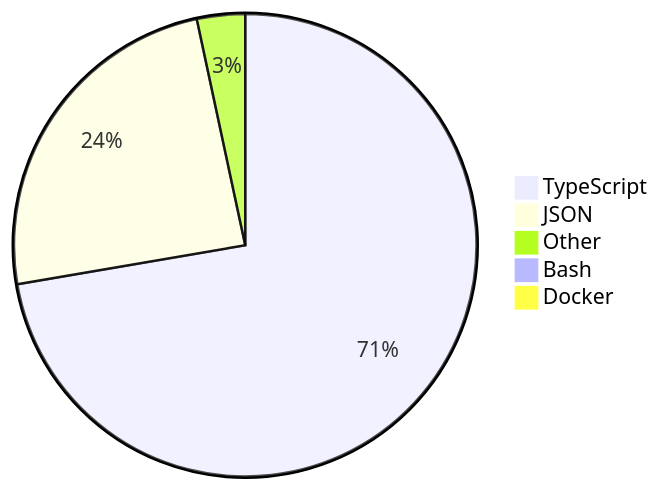
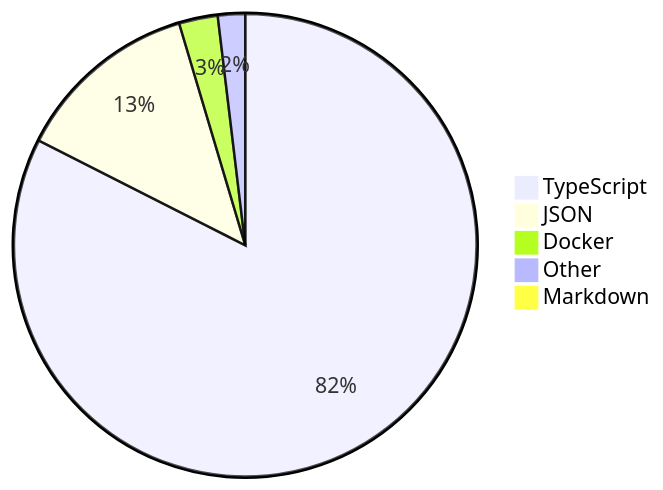
The diagram in README.md (skvggor/skvggor), drawn with Mermaid before and after one commit.

Commit message:
Updated waka-readme graph with new metrics

````diff
--- a/README.md
+++ b/README.md
@@ -28,8 +28,8 @@
 ```mermaid
 pie
-    "TypeScript" : 71.0
-    "JSON" : 23.9
-    "Other" : 3.3
-    "Bash" : 0.9
-    "Docker" : 0.4
+    "TypeScript" : 82.3
+    "JSON" : 12.9
+    "Docker" : 2.7
+    "Other" : 1.9
+    "Markdown" : 0.2
 ```
````
